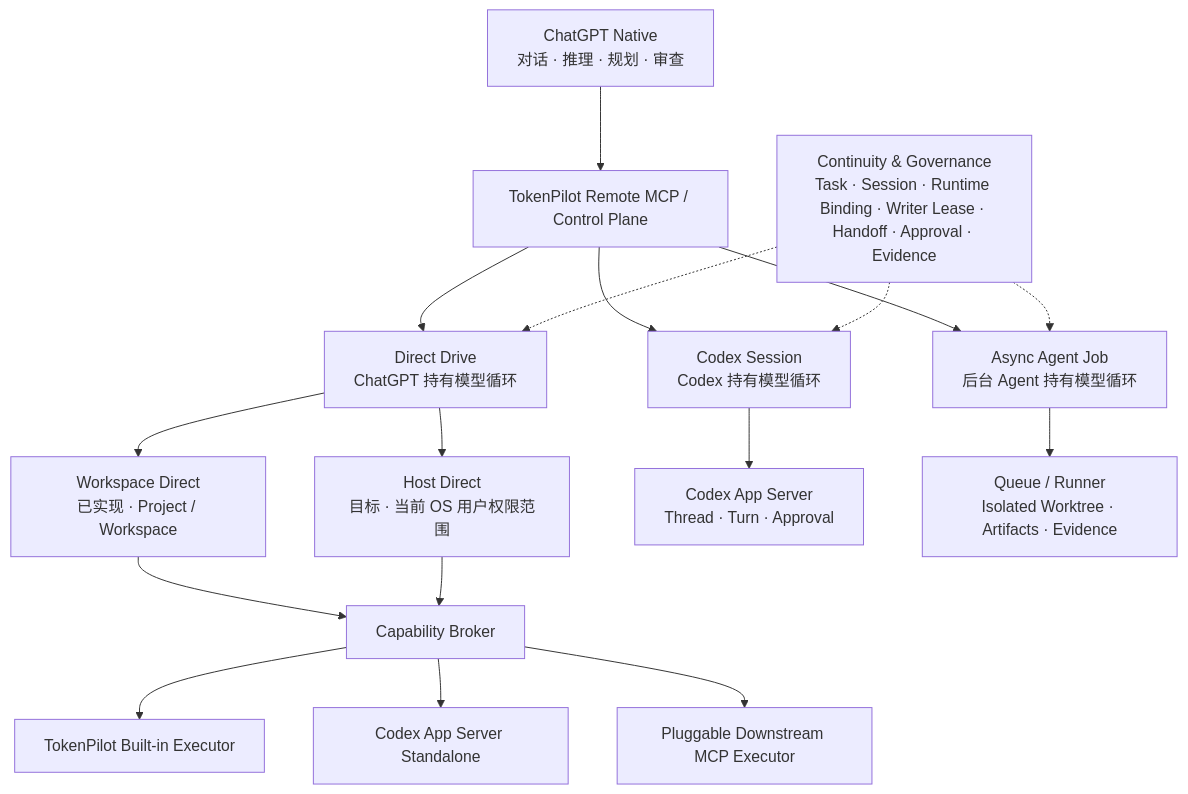
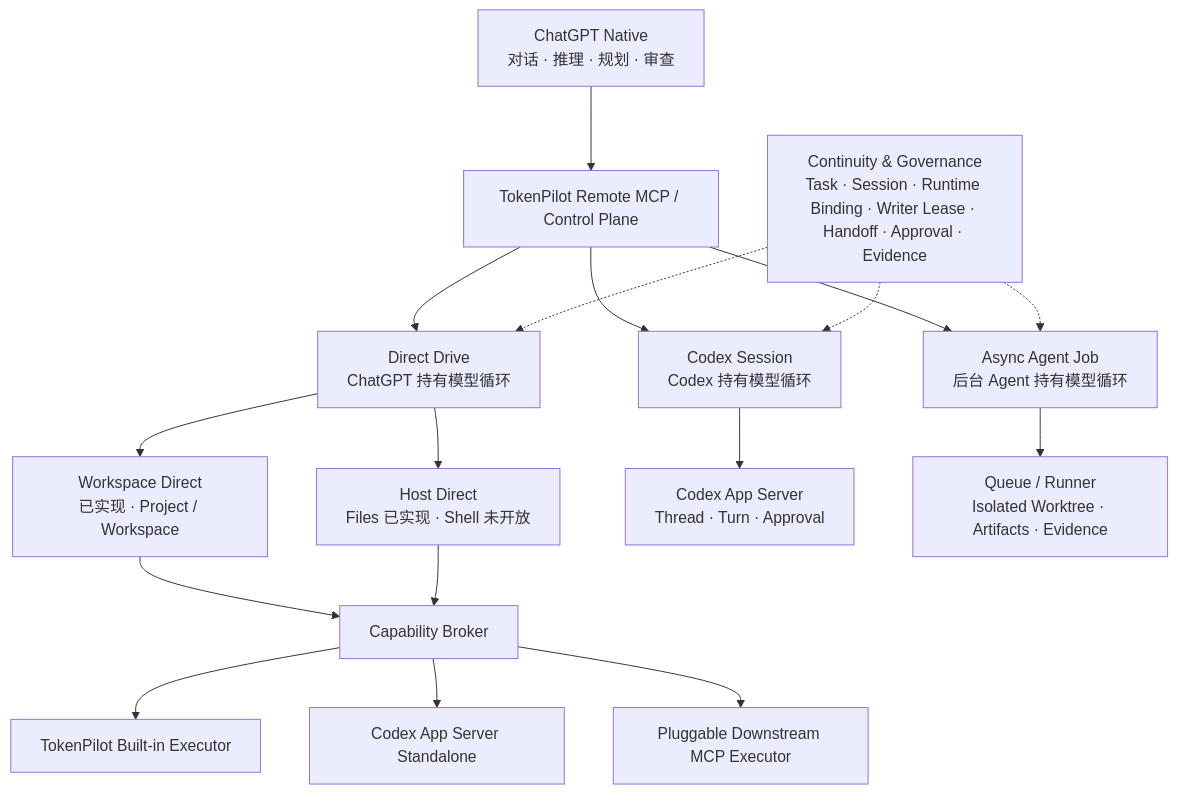
The diagram in README.md (wuaishare/ChatCockpit), drawn with Mermaid before and after one commit. The commit also changed other lines of this file and 12 other files, not shown here.

First line of the commit message:
收口 Host Direct Mutation 第一阶段发布合同

````diff
--- a/README.md
+++ b/README.md
@@ -25,24 +25,24 @@
 ```mermaid
 flowchart TB
     Chat["ChatGPT Native<br/>对话 · 推理 · 规划 · 审查"] --> MCP["TokenPilot Remote MCP / Control Plane"]
 
     MCP --> Direct["Direct Drive<br/>ChatGPT 持有模型循环"]
     MCP --> Codex["Codex Session<br/>Codex 持有模型循环"]
     MCP --> Async["Async Agent Job<br/>后台 Agent 持有模型循环"]
 
     Direct --> Workspace["Workspace Direct<br/>已实现 · Project / Workspace"]
-    Direct --> Host["Host Direct<br/>目标 · 当前 OS 用户权限范围"]
+    Direct --> Host["Host Direct<br/>Files 已实现 · Shell 未开放"]
 
     Workspace --> Broker["Capability Broker"]
     Host --> Broker
     Broker --> BuiltIn["TokenPilot Built-in Executor"]
     Broker --> Standalone["Codex App Server Standalone"]
     Broker --> Downstream["Pluggable Downstream MCP Executor"]
 
     Codex --> AppServer["Codex App Server<br/>Thread · Turn · Approval"]
     Async --> Runner["Queue / Runner<br/>Isolated Worktree · Artifacts · Evidence"]
 
     Governance["Continuity & Governance<br/>Task · Session · Runtime Binding · Writer Lease · Handoff · Approval · Evidence"] -.-> Direct
     Governance -.-> Codex
     Governance -.-> Async
 ```
````
